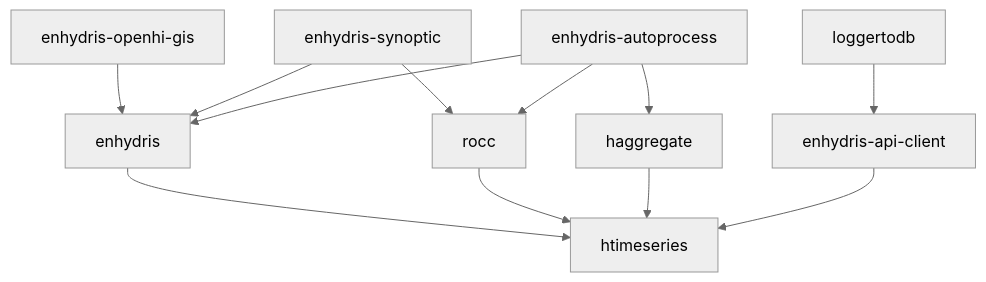
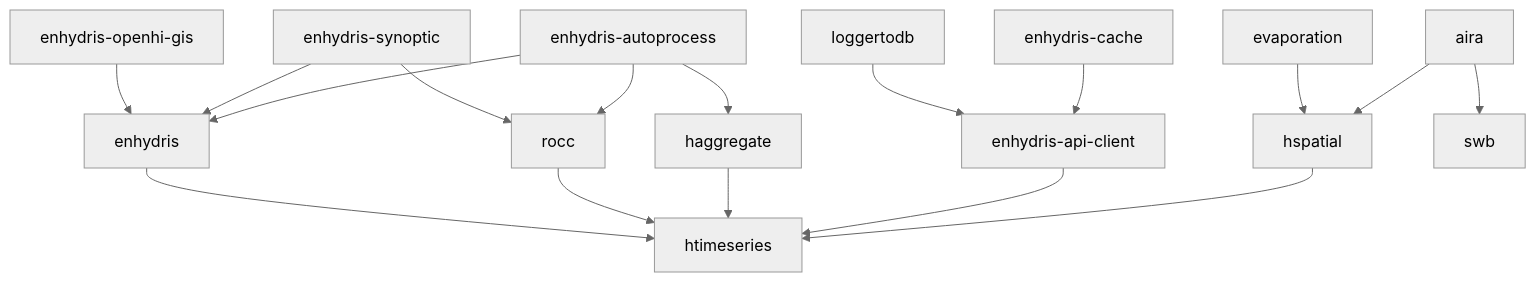
One commit to openmeteo/dependencies changed the diagram in README.md. Above: the diagram before and after it, drawn with Mermaid (neutral theme).

Commit message:
Add enhydris-cache, evaporation, hspatial, aira and swb

````diff
--- a/README.md
+++ b/README.md
@@ -4,14 +4,24 @@
 ```mermaid
 graph TD;
 enhydris-->htimeseries
 enhydris-openhi-gis-->enhydris
+
 enhydris-synoptic-->enhydris
 enhydris-synoptic-->rocc
+
 enhydris-autoprocess-->enhydris
 enhydris-autoprocess-->haggregate
 enhydris-autoprocess-->rocc
+
 rocc-->htimeseries
 haggregate-->htimeseries
 enhydris-api-client-->htimeseries
 loggertodb-->enhydris-api-client
+
+hspatial-->htimeseries
+evaporation-->hspatial
+enhydris-cache-->enhydris-api-client
+
+aira-->swb
+aira-->hspatial
 ```
````
